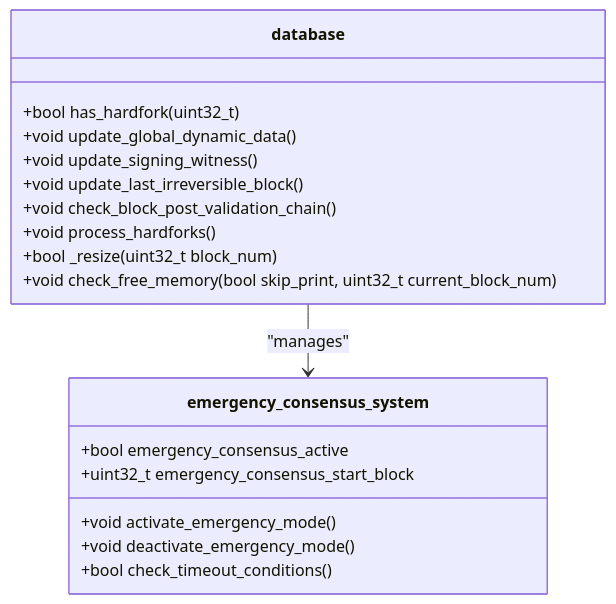
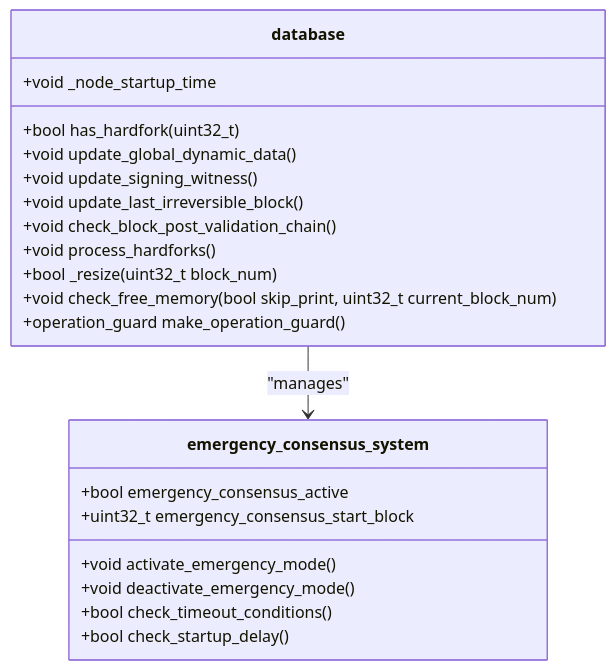
The eighth of 8 diagrams in .qoder/repowiki/en/content/Core Libraries/Emergency Consensus System.md (VIZ-Blockchain/viz-cpp-node), drawn with Mermaid before and after one commit. The commit also changed other lines of this file and 3 other files, not shown here.

First line of the commit message:
feat(database): add operation guard system for concurrent access protection

````diff
--- a/.qoder/repowiki/en/content/Core Libraries/Emergency Consensus System.md
+++ b/.qoder/repowiki/en/content/Core Libraries/Emergency Consensus System.md
@@ -439,21 +482,24 @@
 ```mermaid
 classDiagram
 class database {
 +bool has_hardfork(uint32_t)
 +void update_global_dynamic_data()
 +void update_signing_witness()
 +void update_last_irreversible_block()
 +void check_block_post_validation_chain()
 +void process_hardforks()
 +bool _resize(uint32_t block_num)
 +void check_free_memory(bool skip_print, uint32_t current_block_num)
++operation_guard make_operation_guard()
++void _node_startup_time
 }
 class emergency_consensus_system {
 +bool emergency_consensus_active
 +uint32_t emergency_consensus_start_block
 +void activate_emergency_mode()
 +void deactivate_emergency_mode()
 +bool check_timeout_conditions()
++bool check_startup_delay()
 }
 database --> emergency_consensus_system : "manages"
 ```
````
